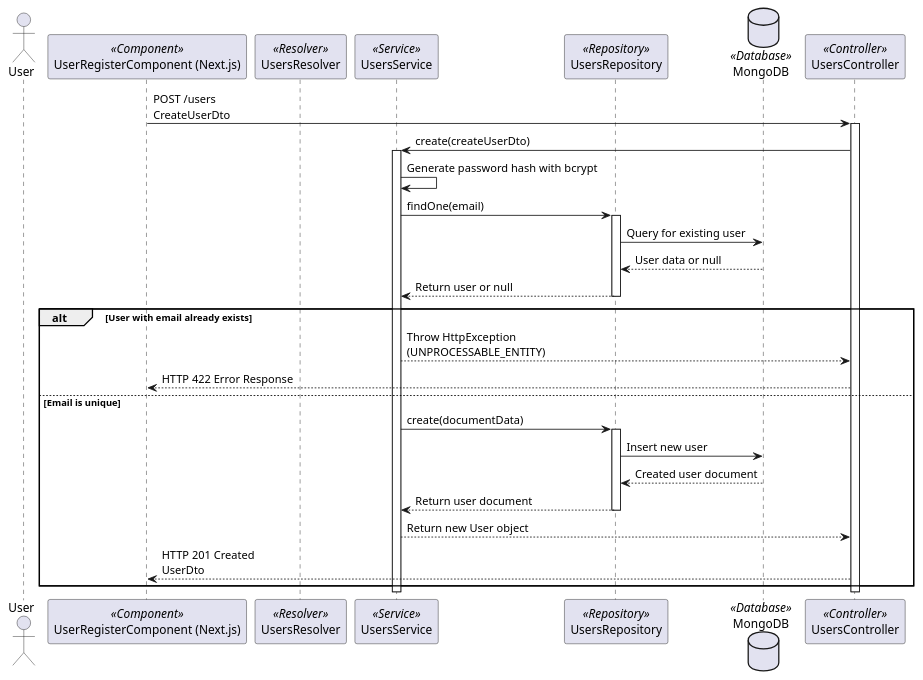
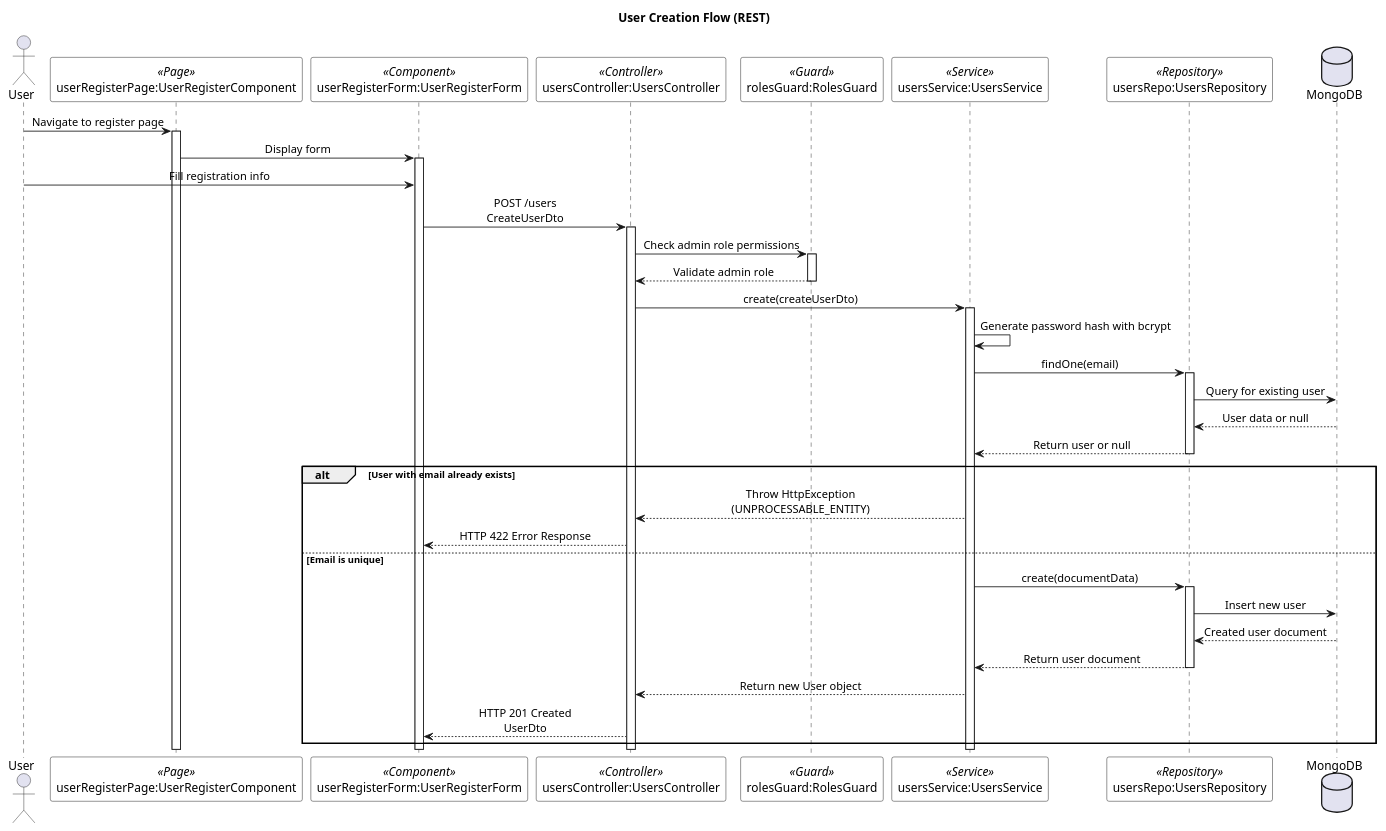
One commit to lehuygiang28/vphim changed the diagram in documents/diagram/sequences/users/user-create-flow.puml. Above: the diagram before and after it, drawn with PlantUML. The commit also changed 7 other files, not shown here.

First line of the commit message:
refactor(diagrams/sequences/users): 🛠️ update user flow diagrams for clarity and consistency

```diff
--- a/documents/diagram/sequences/users/user-create-flow.puml
+++ b/documents/diagram/sequences/users/user-create-flow.puml
@@ -1,47 +1,71 @@
 @startuml User Creation Flow
 
+skinparam SequenceMessageAlignment center
+skinparam SequenceBoxBackgroundColor white
+skinparam SequenceBoxBorderColor black
+skinparam NoteBackgroundColor lightyellow
+skinparam NoteBorderColor black
+skinparam ParticipantBackgroundColor white
+skinparam ParticipantBorderColor black
+
+title User Creation Flow (REST)
+
 actor "User" as user
-participant "UserRegisterComponent (Next.js)" as userRegisterComponent <<Component>>
-participant "UsersResolver" as usersResolver <<Resolver>>
-participant "UsersService" as usersService <<Service>>
-participant "UsersRepository" as usersRepository <<Repository>>
-database "MongoDB" as mongoDB <<Database>>
-participant "UsersController" as usersController <<Controller>>
+participant "userRegisterPage:UserRegisterComponent" as userRegisterPage <<Page>>
+participant "userRegisterForm:UserRegisterForm" as userRegisterForm <<Component>>
+participant "usersController:UsersController" as usersController <<Controller>>
+participant "rolesGuard:RolesGuard" as rolesGuard <<Guard>>
+participant "usersService:UsersService" as usersService <<Service>>
+participant "usersRepo:UsersRepository" as usersRepo <<Repository>>
+database "MongoDB" as mongoDB
 
+user -> userRegisterPage : Navigate to register page
+activate userRegisterPage
 
+userRegisterPage -> userRegisterForm : Display form
+activate userRegisterForm
 
+user -> userRegisterForm : Fill registration info
 
-userRegisterComponent -> usersController: POST /users\nCreateUserDto
+userRegisterForm -> usersController : POST /users\nCreateUserDto
 activate usersController
 
-usersController -> usersService: create(createUserDto)
+usersController -> rolesGuard : Check admin role permissions
+activate rolesGuard
+rolesGuard --> usersController : Validate admin role
+deactivate rolesGuard
+
+usersController -> usersService : create(createUserDto)
 activate usersService
 
-usersService -> usersService: Generate password hash with bcrypt
+usersService -> usersService : Generate password hash with bcrypt
 
-usersService -> usersRepository: findOne(email)
-activate usersRepository
-usersRepository -> mongoDB: Query for existing user
-mongoDB --> usersRepository: User data or null
-usersRepository --> usersService: Return user or null
-deactivate usersRepository
+usersService -> usersRepo : findOne(email)
+activate usersRepo
+usersRepo -> mongoDB : Query for existing user
+mongoDB --> usersRepo : User data or null
+usersRepo --> usersService : Return user or null
+deactivate usersRepo
 
 alt User with email already exists
-    usersService --> usersController: Throw HttpException\n(UNPROCESSABLE_ENTITY)
-    usersController --> userRegisterComponent: HTTP 422 Error Response
+    usersService --> usersController : Throw HttpException\n(UNPROCESSABLE_ENTITY)
+    usersController --> userRegisterForm : HTTP 422 Error Response
 else Email is unique
-    usersService -> usersRepository: create(documentData)
-    activate usersRepository
-    usersRepository -> mongoDB: Insert new user
-    mongoDB --> usersRepository: Created user document
-    usersRepository --> usersService: Return user document
-    deactivate usersRepository
+    usersService -> usersRepo : create(documentData)
+    activate usersRepo
+    usersRepo -> mongoDB : Insert new user
+    mongoDB --> usersRepo : Created user document
+    usersRepo --> usersService : Return user document
+    deactivate usersRepo
 
-    usersService --> usersController: Return new User object
-    usersController --> userRegisterComponent: HTTP 201 Created\nUserDto
+    usersService --> usersController : Return new User object
+    usersController --> userRegisterForm : HTTP 201 Created\nUserDto
 end
 
 deactivate usersService
 deactivate usersController
 
+deactivate userRegisterForm
+deactivate userRegisterPage
+
 @enduml
```
